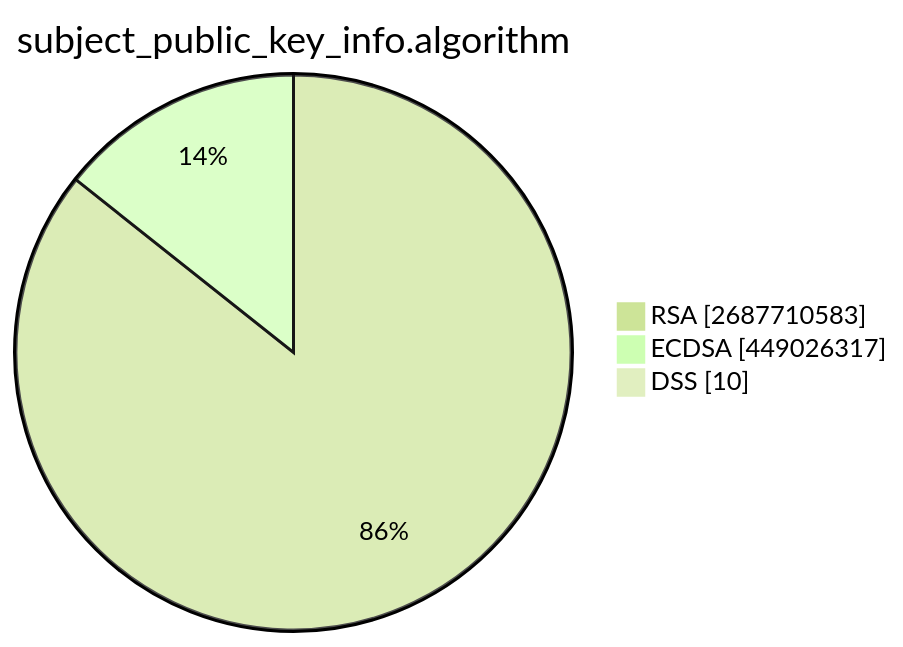
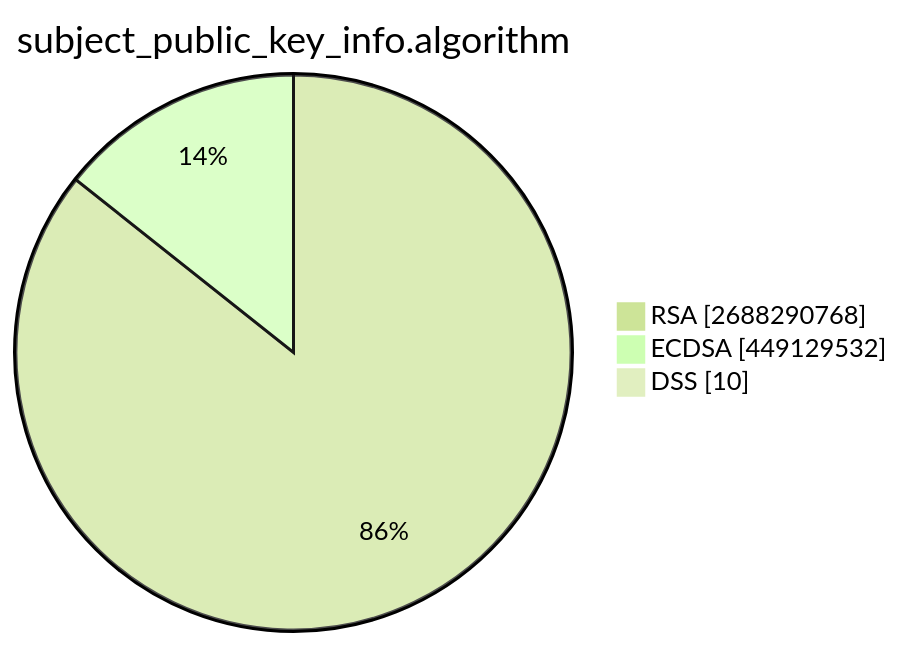
The second of 15 diagrams in TOTAL/README.md (christiankrug/ctmonitor_visualization), drawn with Mermaid (forest theme) before and after one commit. The commit also changed other lines of this file, not shown here.

````diff
--- a/TOTAL/README.md
+++ b/TOTAL/README.md
@@ -6,7 +6,7 @@
 ```mermaid
 pie showData
 title subject_public_key_info.algorithm
-"RSA" :2687710583
-"ECDSA" :449026317
+"RSA" :2688290768
+"ECDSA" :449129532
 "DSS" :10
 ```
````
